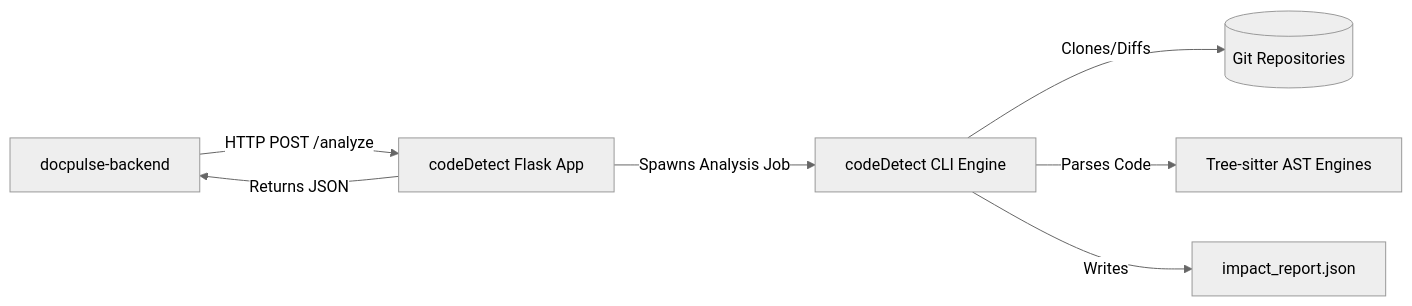
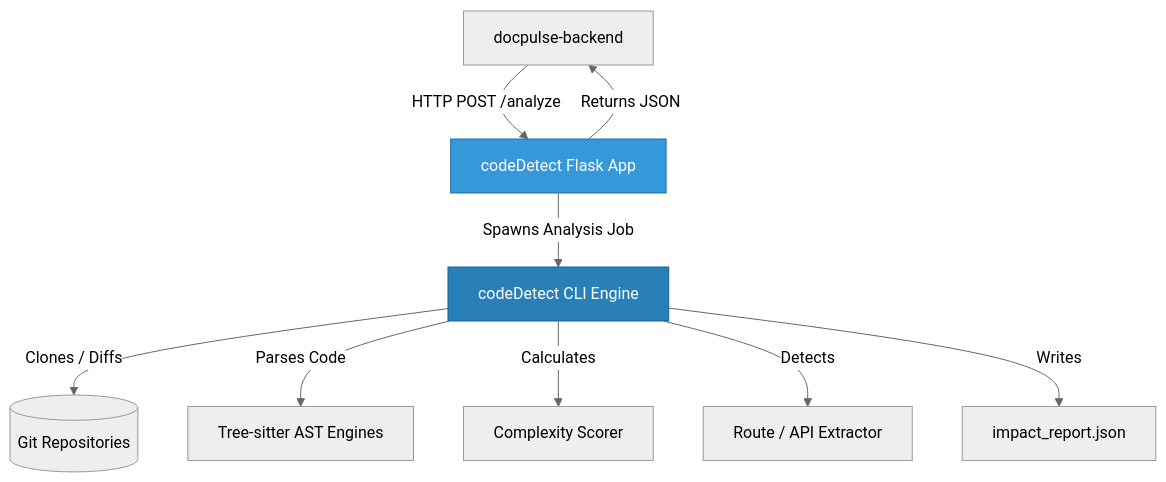
The first of 4 diagrams in codeDetect/README.md (DocPulseAI/code-intelligence), drawn with Mermaid (neutral theme) before and after one commit. The commit also changed other lines of this file, not shown here.

Commit message:
docs: upgrade to production-grade README with badges, Mermaid diagrams, and ecosystem integration

````diff
--- a/codeDetect/README.md
+++ b/codeDetect/README.md
@@ -18,9 +68,14 @@
 ```mermaid
-graph LR
+graph TD
     Backend[docpulse-backend] -->|HTTP POST /analyze| API[codeDetect Flask App]
     API -->|Spawns Analysis Job| CLI[codeDetect CLI Engine]
-    CLI -->|Clones/Diffs| Git[(Git Repositories)]
+    CLI -->|Clones / Diffs| Git[(Git Repositories)]
     CLI -->|Parses Code| TreeSitter[Tree-sitter AST Engines]
+    CLI -->|Calculates| Complexity[Complexity Scorer]
+    CLI -->|Detects| Routes[Route / API Extractor]
     CLI -->|Writes| Report[impact_report.json]
     API -->|Returns JSON| Backend
+
+    style API fill:#3498DB,stroke:#2471A3,color:#fff
+    style CLI fill:#2980B9,stroke:#1F618D,color:#fff
 ```
````
